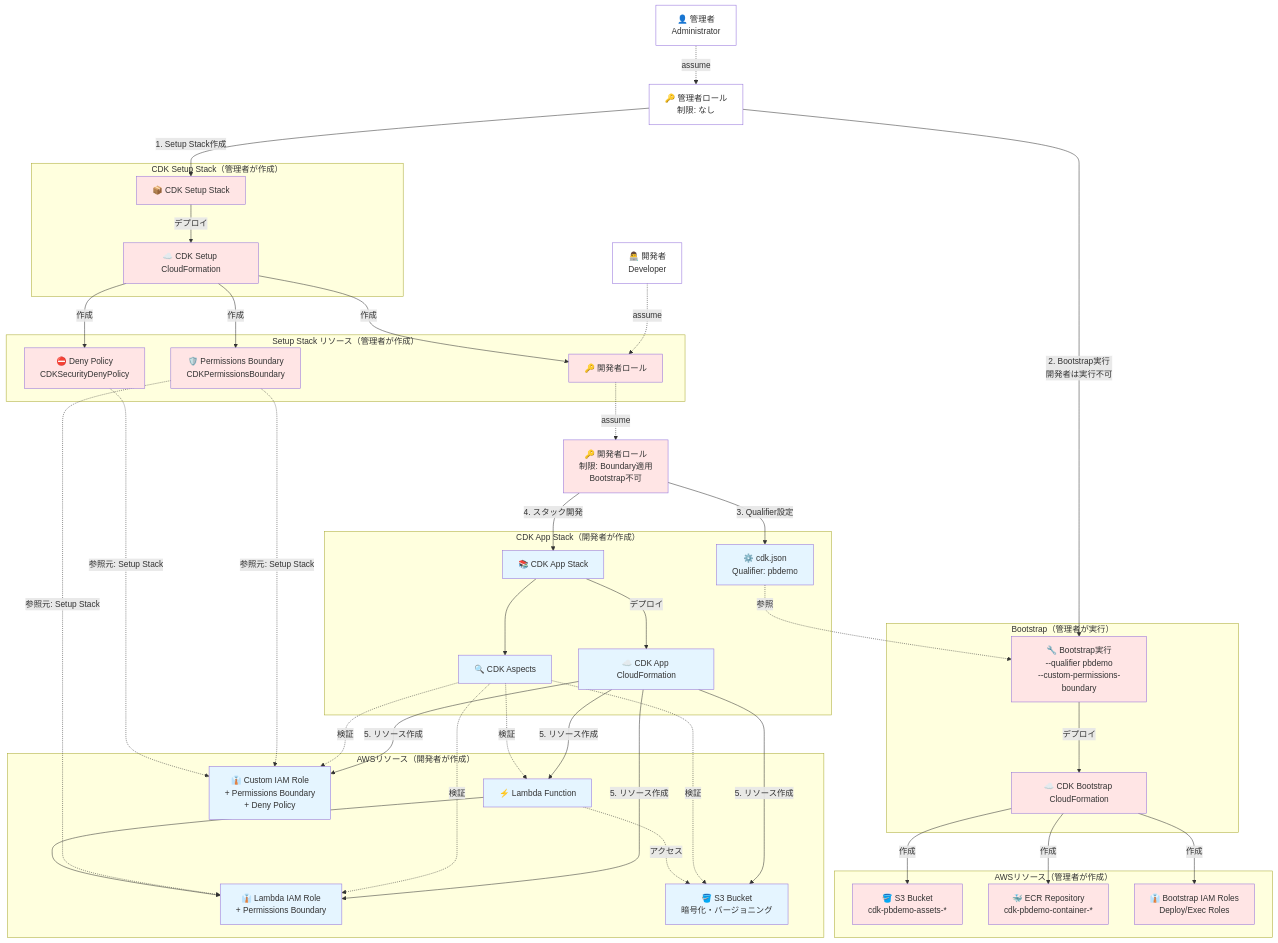
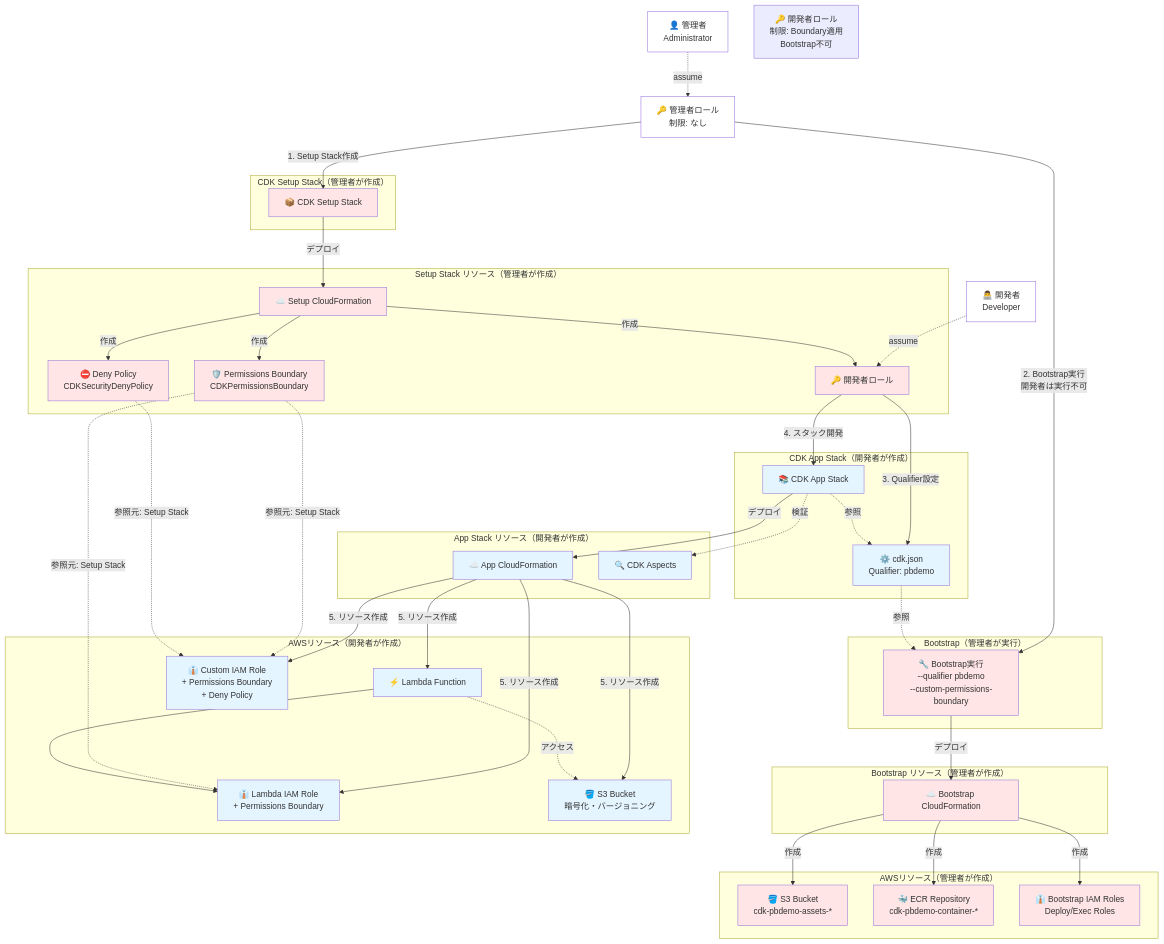
Before and after one commit to goataka/cdk-with-permissions-boundary: the first of 3 diagrams in SECURITY_FEATURES.md, drawn with Mermaid.

Commit message:
Refactor architecture diagram: consolidate DevRole, move CloudFormation nodes to resource subgraphs, fix Aspects direction, add Stack→cdk.json reference

```diff
--- a/SECURITY_FEATURES.md
+++ b/SECURITY_FEATURES.md
@@ -16,10 +16,10 @@
     
     subgraph "CDK Setup Stack（管理者が作成）"
         SetupStack[📦 CDK Setup Stack]
-        SetupCfn[☁️ CDK Setup CloudFormation]
     end
     
     subgraph "Setup Stack リソース（管理者が作成）"
+        SetupCfn[☁️ Setup CloudFormation]
         PBPolicy[🛡️ Permissions Boundary<br/>CDKPermissionsBoundary]
         DenyPolicy[⛔ Deny Policy<br/>CDKSecurityDenyPolicy]
         DevRoleResource[🔑 開発者ロール]
@@ -27,13 +27,19 @@
     
     subgraph "Bootstrap（管理者が実行）"
         Bootstrap[🔧 Bootstrap実行<br/>--qualifier pbdemo<br/>--custom-permissions-boundary]
-        BootstrapCfn[☁️ CDK Bootstrap CloudFormation]
+    end
+    
+    subgraph "Bootstrap リソース（管理者が作成）"
+        BootstrapCfn[☁️ Bootstrap CloudFormation]
     end
     
     subgraph "CDK App Stack（開発者が作成）"
         AppStack[📚 CDK App Stack]
-        AppCfn[☁️ CDK App CloudFormation]
         QualifierConfig[⚙️ cdk.json<br/>Qualifier: pbdemo]
+    end
+    
+    subgraph "App Stack リソース（開発者が作成）"
+        AppCfn[☁️ App CloudFormation]
         Aspects[🔍 CDK Aspects]
     end
     
@@ -65,22 +71,17 @@
     BootstrapCfn -->|作成| ECRRepo
     BootstrapCfn -->|作成| BootstrapRoles
     
-    DevRoleResource -.assume.-> DevRole
-    DevRole -->|3. Qualifier設定| QualifierConfig
-    DevRole -->|4. スタック開発| AppStack
+    DevRoleResource -->|3. Qualifier設定| QualifierConfig
+    DevRoleResource -->|4. スタック開発| AppStack
     QualifierConfig -.参照.-> Bootstrap
+    AppStack -.参照.-> QualifierConfig
     AppStack -->|デプロイ| AppCfn
-    AppStack --> Aspects
+    AppStack -.検証.-> Aspects
     
     AppCfn -->|5. リソース作成| Lambda
     AppCfn -->|5. リソース作成| LambdaRole
     AppCfn -->|5. リソース作成| S3Bucket
     AppCfn -->|5. リソース作成| CustomRole
-    
-    Aspects -.検証.-> Lambda
-    Aspects -.検証.-> LambdaRole
-    Aspects -.検証.-> S3Bucket
-    Aspects -.検証.-> CustomRole
     
     PBPolicy -.参照元: Setup Stack.-> LambdaRole
     PBPolicy -.参照元: Setup Stack.-> CustomRole
@@ -92,7 +93,6 @@
     style Admin fill:#FFFFFF
     style Dev fill:#FFFFFF
     style AdminRole fill:#FFFFFF
-    style DevRole fill:#FFE5E5
     style SetupStack fill:#FFE5E5
     style SetupCfn fill:#FFE5E5
     style PBPolicy fill:#FFE5E5
```
